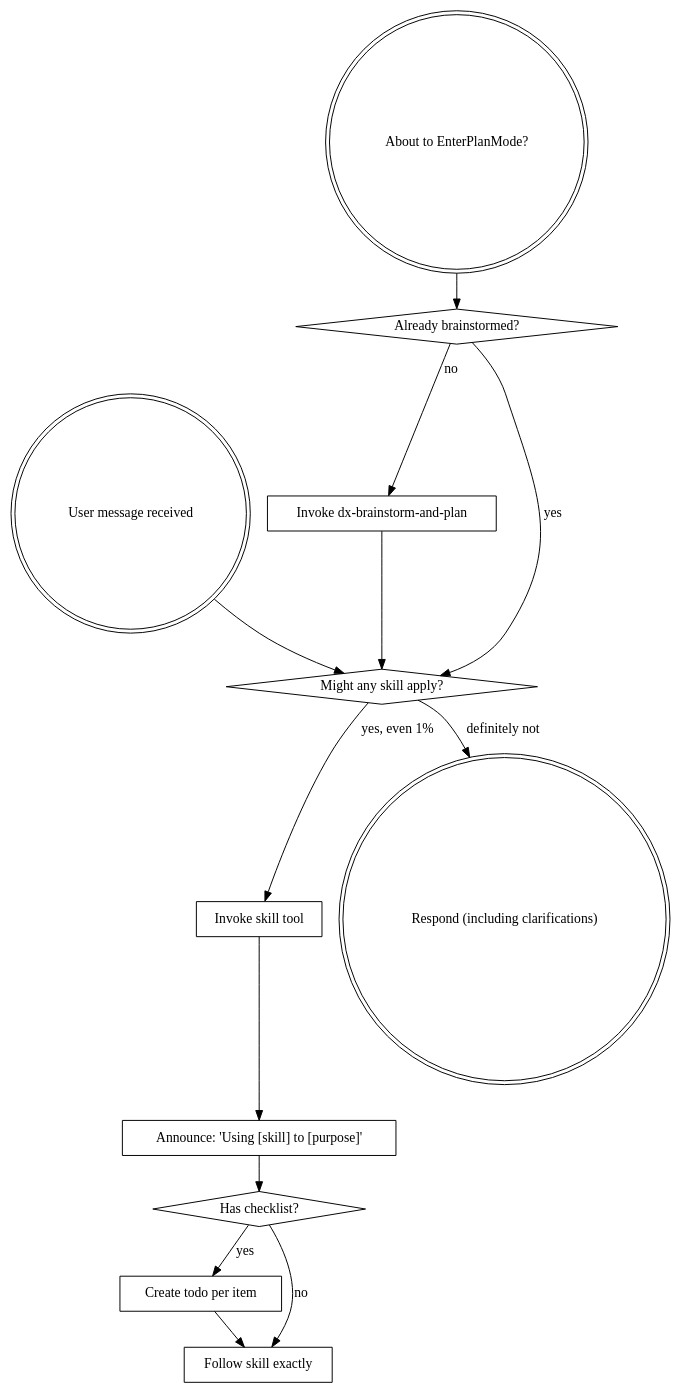
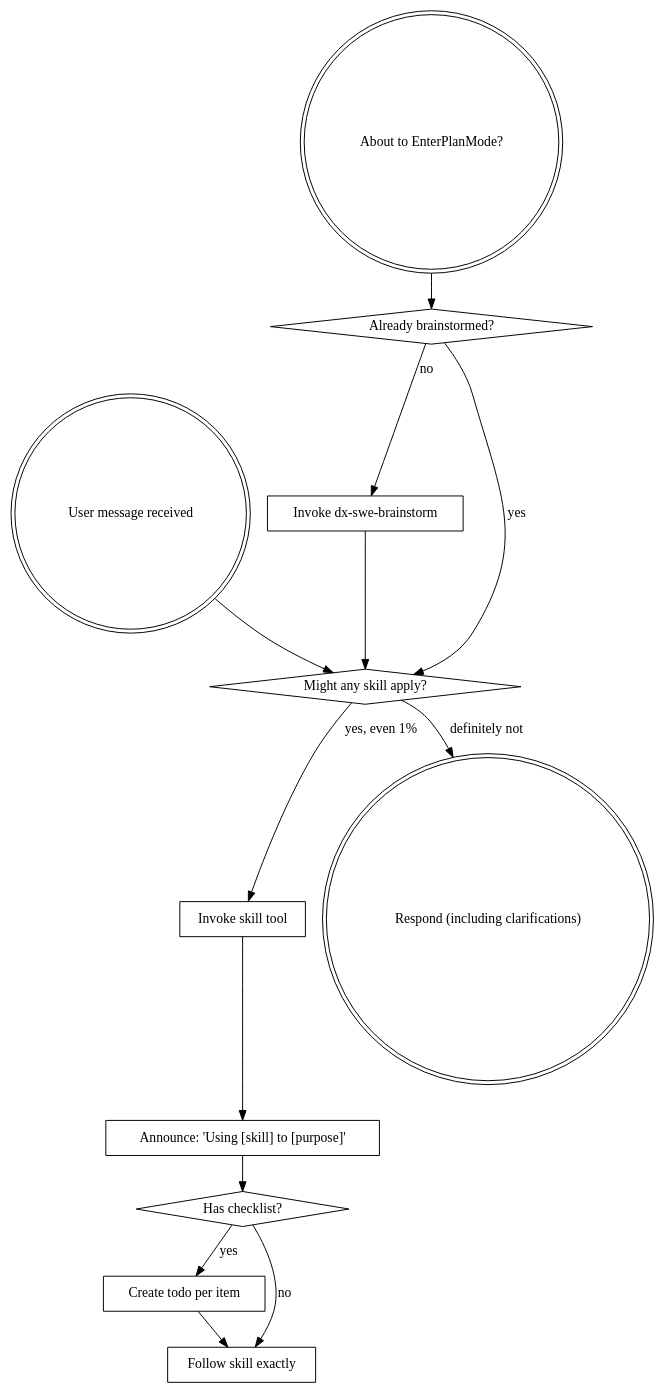
One commit to DEEPX-AI/dx-all-suite changed the diagram in .deepx/skills/dx-skill-router/SKILL.md. Above: the diagram before and after it, drawn with Graphviz. The commit also changed other lines of this file and 288 other files, not shown here.

````diff
--- a/.deepx/skills/dx-skill-router/SKILL.md
+++ b/.deepx/skills/dx-skill-router/SKILL.md
@@ -36,29 +36,29 @@
 ```dot
 digraph skill_flow {
     "User message received" [shape=doublecircle];
     "About to EnterPlanMode?" [shape=doublecircle];
     "Already brainstormed?" [shape=diamond];
-    "Invoke dx-brainstorm-and-plan" [shape=box];
+    "Invoke dx-swe-brainstorm" [shape=box];
     "Might any skill apply?" [shape=diamond];
     "Invoke skill tool" [shape=box];
     "Announce: 'Using [skill] to [purpose]'" [shape=box];
     "Has checklist?" [shape=diamond];
     "Create todo per item" [shape=box];
     "Follow skill exactly" [shape=box];
     "Respond (including clarifications)" [shape=doublecircle];
 
     "About to EnterPlanMode?" -> "Already brainstormed?";
-    "Already brainstormed?" -> "Invoke dx-brainstorm-and-plan" [label="no"];
+    "Already brainstormed?" -> "Invoke dx-swe-brainstorm" [label="no"];
     "Already brainstormed?" -> "Might any skill apply?" [label="yes"];
-    "Invoke dx-brainstorm-and-plan" -> "Might any skill apply?";
+    "Invoke dx-swe-brainstorm" -> "Might any skill apply?";
 
     "User message received" -> "Might any skill apply?";
     "Might any skill apply?" -> "Invoke skill tool" [label="yes, even 1%"];
     "Might any skill apply?" -> "Respond (including clarifications)" [label="definitely not"];
     "Invoke skill tool" -> "Announce: 'Using [skill] to [purpose]'";
     "Announce: 'Using [skill] to [purpose]'" -> "Has checklist?";
     "Has checklist?" -> "Create todo per item" [label="yes"];
     "Has checklist?" -> "Follow skill exactly" [label="no"];
     "Create todo per item" -> "Follow skill exactly";
 }
 ```
````
